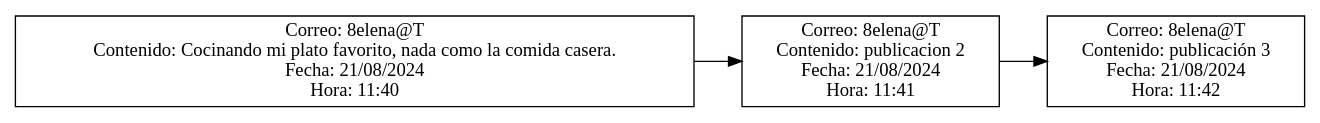
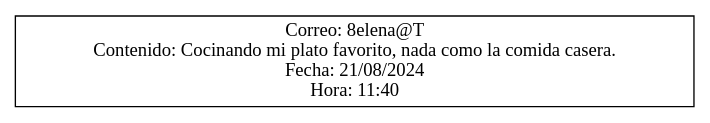
The diagram in fase3/usuarios/reportes/lista_publicaciones_21_08_2024_8elena@T.dot (Ggi0/-EDD-Proyecto_202100229), drawn with Graphviz before and after one commit. The commit also changed 197 other files, not shown here.

```diff
--- a/fase3/usuarios/reportes/lista_publicaciones_21_08_2024_8elena@T.dot
+++ b/fase3/usuarios/reportes/lista_publicaciones_21_08_2024_8elena@T.dot
@@ -1,9 +1,5 @@
 digraph G {
     node [shape=record];
     rankdir=LR;
     node0 [label="{Correo: 8elena@T\nContenido: Cocinando mi plato favorito, nada como la comida casera.\nFecha: 21/08/2024\nHora: 11:40}"];
-    node1 [label="{Correo: 8elena@T\nContenido: publicacion 2\nFecha: 21/08/2024\nHora: 11:41}"];
-    node0 -> node1;
-    node2 [label="{Correo: 8elena@T\nContenido: publicación 3\nFecha: 21/08/2024\nHora: 11:42}"];
-    node1 -> node2;
 }
```
